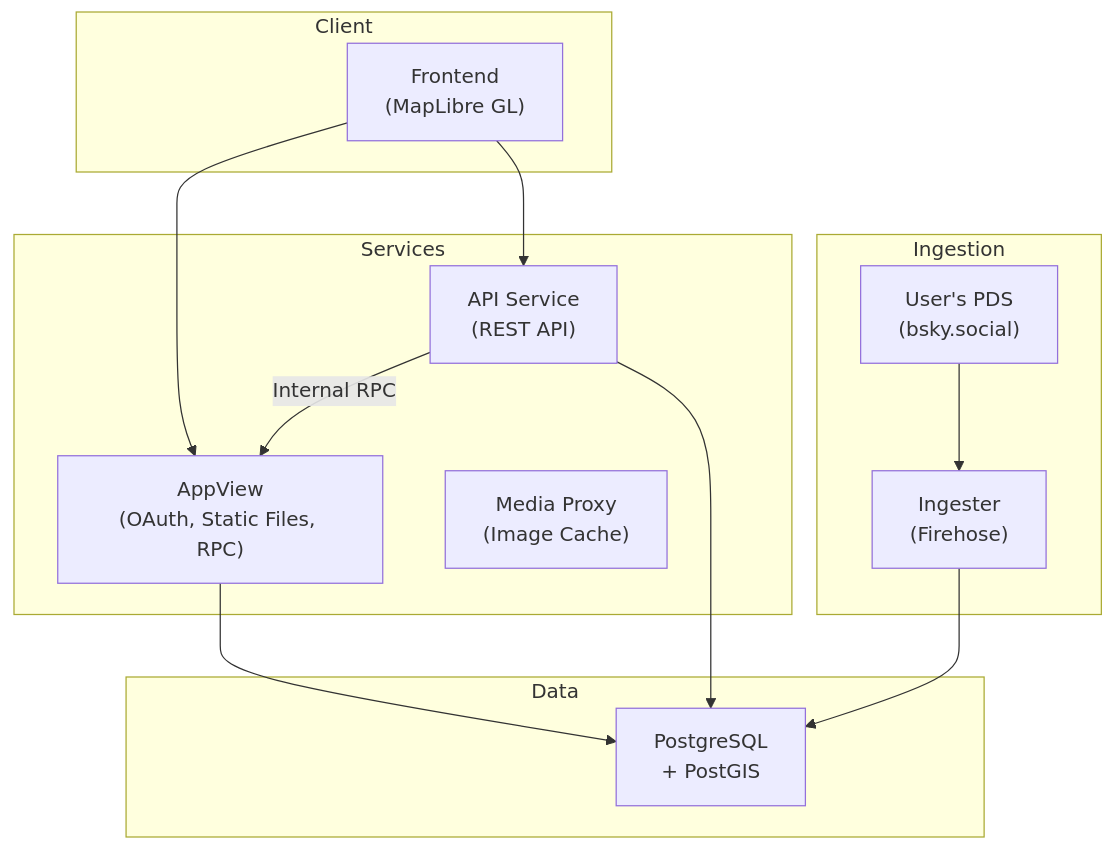
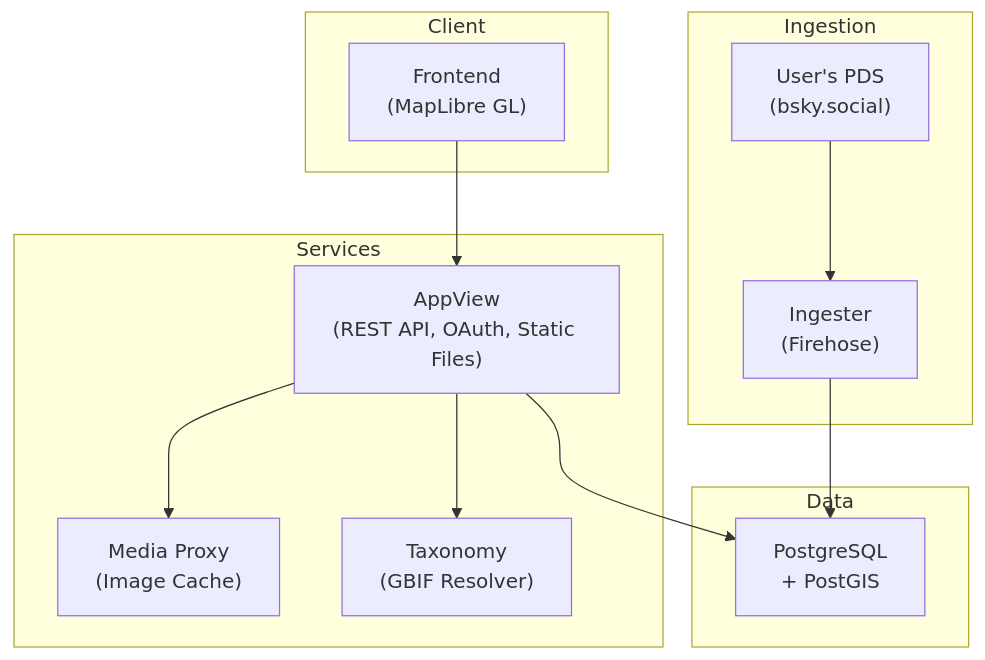
Before and after one commit to observ-ing/core: the diagram in docs/architecture.md, drawn with Mermaid. The commit also changed other lines of this file and 4 other files, not shown here.

````diff
--- a/docs/architecture.md
+++ b/docs/architecture.md
@@ -5,29 +5,28 @@
 ```mermaid
 flowchart TB
     subgraph Client
         Frontend["Frontend<br/>(MapLibre GL)"]
     end
 
     subgraph Services
-        AppView["AppView<br/>(OAuth, Static Files, RPC)"]
-        API["API Service<br/>(REST API)"]
+        AppView["AppView<br/>(REST API, OAuth, Static Files)"]
         MediaProxy["Media Proxy<br/>(Image Cache)"]
+        Taxonomy["Taxonomy<br/>(GBIF Resolver)"]
     end
 
     subgraph Data
         PostgreSQL["PostgreSQL<br/>+ PostGIS"]
     end
 
     subgraph Ingestion
         PDS["User's PDS<br/>(bsky.social)"]
         Ingester["Ingester<br/>(Firehose)"]
     end
 
     Frontend --> AppView
-    Frontend --> API
     AppView --> PostgreSQL
-    API --> PostgreSQL
-    API -- "Internal RPC" --> AppView
+    AppView --> Taxonomy
+    AppView --> MediaProxy
     PDS --> Ingester
     Ingester --> PostgreSQL
 ```
````
